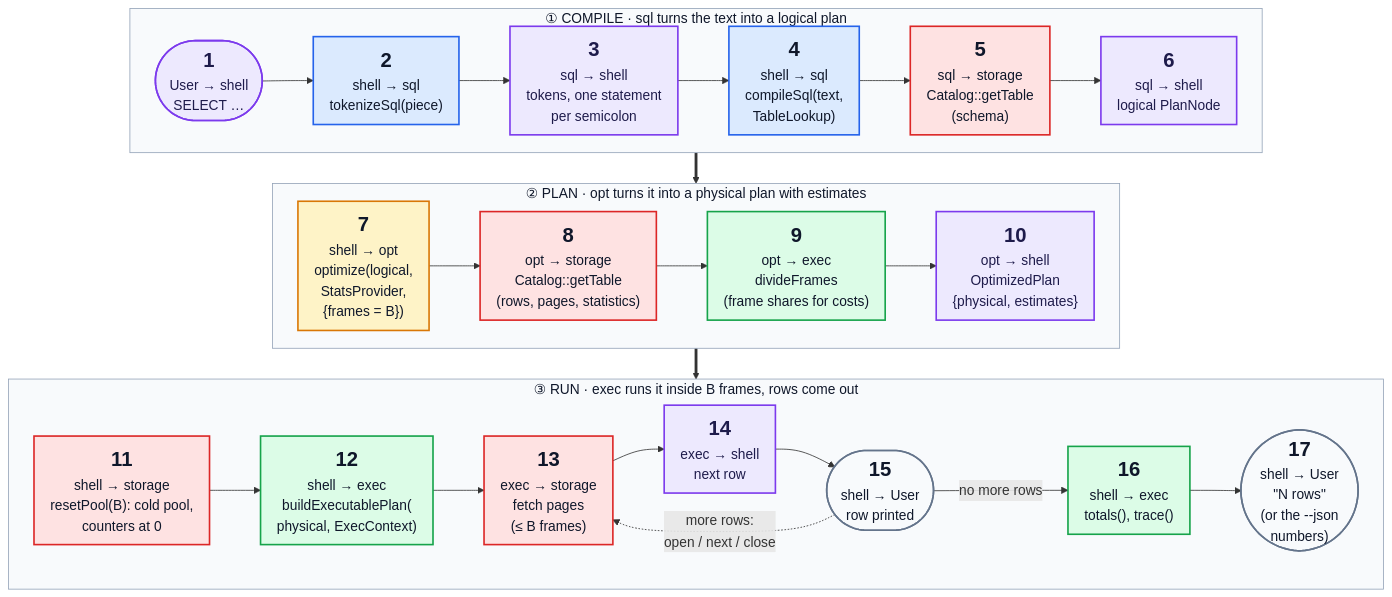
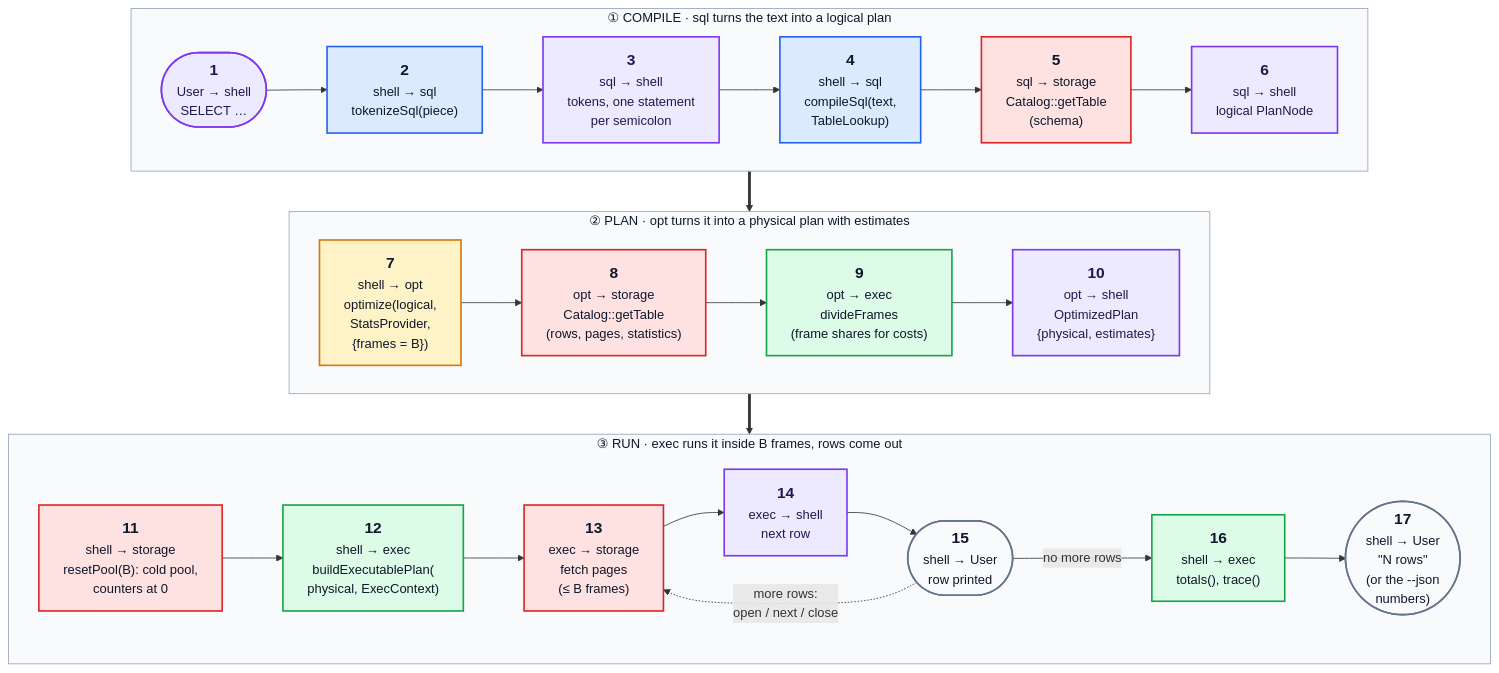
One commit to amiras-rabari/Database-Management-System changed the third of 5 diagrams in ARCHITECTURE.md. Above: the diagram before and after it, drawn with Mermaid.

Commit message:
diagram-fix

````diff
--- a/ARCHITECTURE.md
+++ b/ARCHITECTURE.md
@@ -135,56 +135,55 @@
 ```mermaid
-%%{init: {"themeVariables": {"fontSize": "17px"}, "flowchart": {"nodeSpacing": 24, "rankSpacing": 38, "padding": 10}}}%%
 flowchart TB
     subgraph R1["① COMPILE · sql turns the text into a logical plan"]
         direction LR
-        S1(["<b style='font-size:25px'>1</b><br/>User → shell<br/>SELECT …"])
-        S2["<b style='font-size:25px'>2</b><br/>shell → sql<br/>tokenizeSql(piece)"]
-        S3["<b style='font-size:25px'>3</b><br/>sql → shell<br/>tokens, one statement<br/>per semicolon"]
-        S4["<b style='font-size:25px'>4</b><br/>shell → sql<br/>compileSql(text,<br/>TableLookup)"]
-        S5["<b style='font-size:25px'>5</b><br/>sql → storage<br/>Catalog::getTable<br/>(schema)"]
-        S6["<b style='font-size:25px'>6</b><br/>sql → shell<br/>logical PlanNode"]
+        S1(["<big><b>1</b></big><br/>User → shell<br/>SELECT …"])
+        S2["<big><b>2</b></big><br/>shell → sql<br/>tokenizeSql(piece)"]
+        S3["<big><b>3</b></big><br/>sql → shell<br/>tokens, one statement<br/>per semicolon"]
+        S4["<big><b>4</b></big><br/>shell → sql<br/>compileSql(text,<br/>TableLookup)"]
+        S5["<big><b>5</b></big><br/>sql → storage<br/>Catalog::getTable<br/>(schema)"]
+        S6["<big><b>6</b></big><br/>sql → shell<br/>logical PlanNode"]
         S1 --> S2 --> S3 --> S4 --> S5 --> S6
     end
 
     subgraph R2["② PLAN · opt turns it into a physical plan with estimates"]
         direction LR
-        S7["<b style='font-size:25px'>7</b><br/>shell → opt<br/>optimize(logical,<br/>StatsProvider,<br/>{frames = B})"]
-        S8["<b style='font-size:25px'>8</b><br/>opt → storage<br/>Catalog::getTable<br/>(rows, pages, statistics)"]
-        S9["<b style='font-size:25px'>9</b><br/>opt → exec<br/>divideFrames<br/>(frame shares for costs)"]
-        S10["<b style='font-size:25px'>10</b><br/>opt → shell<br/>OptimizedPlan<br/>{physical, estimates}"]
+        S7["<big><b>7</b></big><br/>shell → opt<br/>optimize(logical,<br/>StatsProvider,<br/>{frames = B})"]
+        S8["<big><b>8</b></big><br/>opt → storage<br/>Catalog::getTable<br/>(rows, pages, statistics)"]
+        S9["<big><b>9</b></big><br/>opt → exec<br/>divideFrames<br/>(frame shares for costs)"]
+        S10["<big><b>10</b></big><br/>opt → shell<br/>OptimizedPlan<br/>{physical, estimates}"]
         S7 --> S8 --> S9 --> S10
     end
 
     subgraph R3["③ RUN · exec runs it inside B frames, rows come out"]
         direction LR
-        S11["<b style='font-size:25px'>11</b><br/>shell → storage<br/>resetPool(B): cold pool,<br/>counters at 0"]
-        S12["<b style='font-size:25px'>12</b><br/>shell → exec<br/>buildExecutablePlan(<br/>physical, ExecContext)"]
-        S13["<b style='font-size:25px'>13</b><br/>exec → storage<br/>fetch pages<br/>(≤ B frames)"]
-        S14["<b style='font-size:25px'>14</b><br/>exec → shell<br/>next row"]
-        S15(["<b style='font-size:25px'>15</b><br/>shell → User<br/>row printed"])
-        S16["<b style='font-size:25px'>16</b><br/>shell → exec<br/>totals(), trace()"]
-        S17(["<b style='font-size:25px'>17</b><br/>shell → User<br/>&quot;N rows&quot;<br/>(or the --json<br/>numbers)"])
+        S11["<big><b>11</b></big><br/>shell → storage<br/>resetPool(B): cold pool,<br/>counters at 0"]
+        S12["<big><b>12</b></big><br/>shell → exec<br/>buildExecutablePlan(<br/>physical, ExecContext)"]
+        S13["<big><b>13</b></big><br/>exec → storage<br/>fetch pages<br/>(≤ B frames)"]
+        S14["<big><b>14</b></big><br/>exec → shell<br/>next row"]
+        S15(["<big><b>15</b></big><br/>shell → User<br/>row printed"])
+        S16["<big><b>16</b></big><br/>shell → exec<br/>totals(), trace()"]
+        S17(["<big><b>17</b></big><br/>shell → User<br/>&quot;N rows&quot;<br/>(or the --json<br/>numbers)"])
         S11 --> S12 --> S13 --> S14 --> S15
         S15 -. "more rows:<br/>open / next / close" .-> S13
         S15 -- "no more rows" --> S16 --> S17
     end
 
     R1 ==> R2 ==> R3
 
     style R1 fill:#f8fafc,stroke:#94a3b8,stroke-width:1px,color:#0f172a
     style R2 fill:#f8fafc,stroke:#94a3b8,stroke-width:1px,color:#0f172a
     style R3 fill:#f8fafc,stroke:#94a3b8,stroke-width:1px,color:#0f172a
 
     classDef user fill:#f8fafc,stroke:#64748b,stroke-width:2px,color:#0f172a
     classDef shell fill:#ede9fe,stroke:#7c3aed,stroke-width:2px,color:#1e1b4b
     classDef sql fill:#dbeafe,stroke:#2563eb,stroke-width:2px,color:#0f172a
     classDef opt fill:#fef3c7,stroke:#d97706,stroke-width:2px,color:#0f172a
     classDef exec fill:#dcfce7,stroke:#16a34a,stroke-width:2px,color:#0f172a
     classDef storage fill:#fee2e2,stroke:#dc2626,stroke-width:2px,color:#0f172a
     class S1,S3,S6,S10,S14 shell
     class S2,S4 sql
     class S7 opt
     class S9,S12,S16 exec
     class S5,S8,S11,S13 storage
     class S15,S17 user
 ```
````
